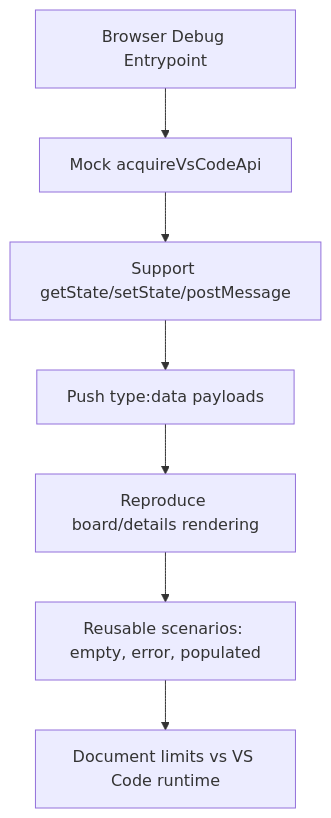
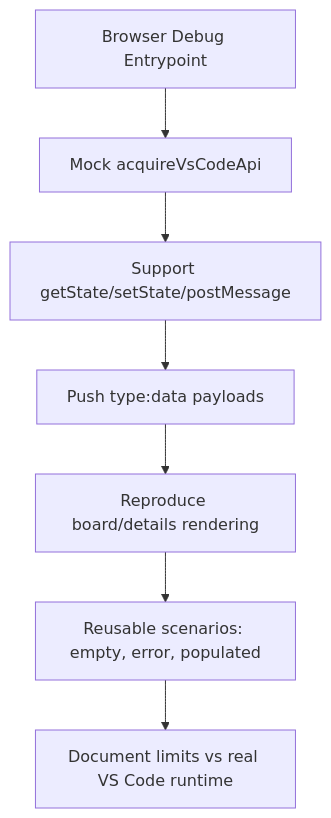
One commit to AlexAgo83/logics-manager changed the diagram in logics/request/req_008_web_debug_harness_for_cdx_logics_vscode_webview_rendering.md. Above: the diagram before and after it, drawn with Mermaid. The commit also changed 19 other files, not shown here.

````diff
--- a/logics/request/req_008_web_debug_harness_for_cdx_logics_vscode_webview_rendering.md
+++ b/logics/request/req_008_web_debug_harness_for_cdx_logics_vscode_webview_rendering.md
@@ -10,11 +10,11 @@
 ```mermaid
 %% logics-kind: request
 %% logics-signature: request|web-debug-harness-for-cdx-logics-vscode-|debug-and-iterate-webview-rendering-in|ac1-a-browser-accessible-debug-entrypoin
 flowchart TD
   A[Browser Debug Entrypoint] --> B[Mock acquireVsCodeApi]
   B --> C[Support getState/setState/postMessage]
   C --> D[Push type:data payloads]
   D --> E[Reproduce board/details rendering]
   E --> F[Reusable scenarios: empty, error, populated]
-  F --> G[Document limits vs VS Code runtime]
+  F --> G[Document limits vs real VS Code runtime]
 ```
````
